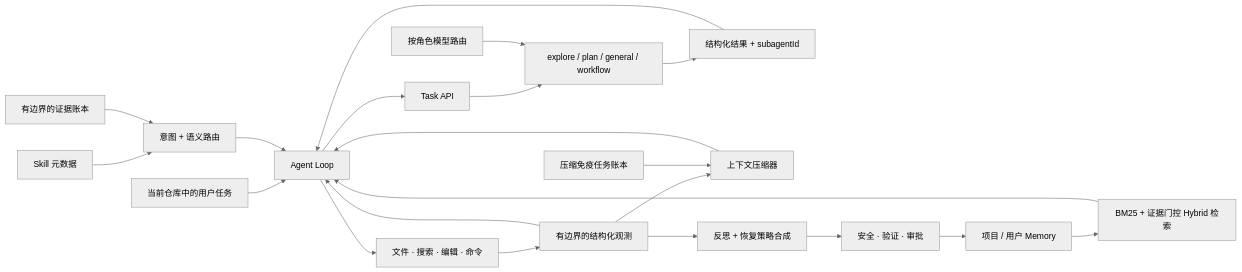
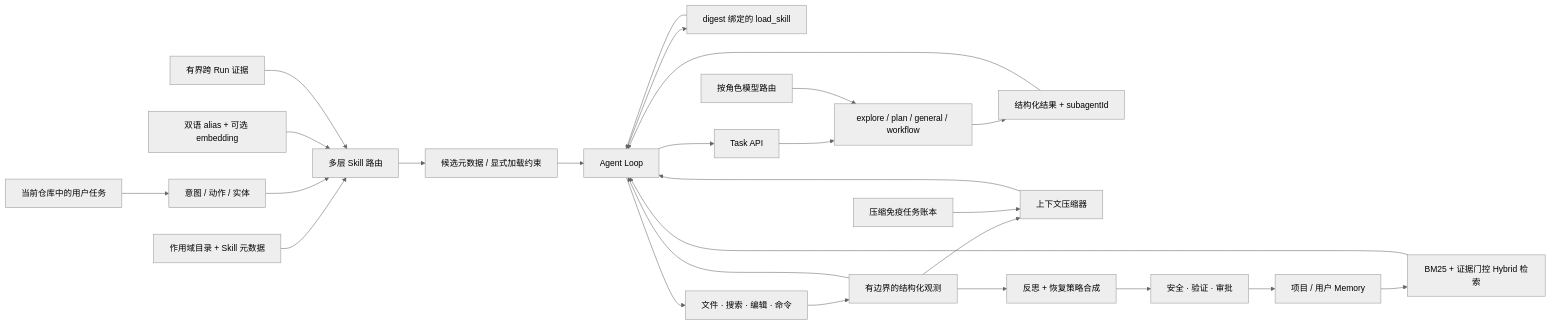
One commit to zrb3052796119/CodeLoop changed the diagram in README.zh-CN.md. Above: the diagram before and after it, drawn with Mermaid (neutral theme). The commit also changed other lines of this file and 6 other files, not shown here.

````diff
--- a/README.zh-CN.md
+++ b/README.zh-CN.md
@@ -91,27 +108,32 @@
 ```mermaid
 flowchart LR
-    User["当前仓库中的用户任务"] --> Loop["Agent Loop"]
+    User["当前仓库中的用户任务"] --> Intent["意图 / 动作 / 实体"]
+    SkillCatalog["作用域目录 + Skill 元数据"] --> SkillRoute["多层 Skill 路由"]
+    Intent --> SkillRoute
+    Semantics["双语 alias + 可选 embedding"] --> SkillRoute
+    SkillEvidence["有界跨 Run 证据"] --> SkillRoute
+    SkillRoute --> Prompt["候选元数据 / 显式加载约束"]
+    Prompt --> Loop["Agent Loop"]
+    Loop --> SkillLoad["digest 绑定的 load_skill"]
+    SkillLoad --> Loop
+
     Loop --> Tools["文件 · 搜索 · 编辑 · 命令"]
     Tools --> Obs["有边界的结构化观测"]
     Obs --> Loop
 
     Loop --> TaskAPI["Task API"]
     TaskAPI --> Children["explore / plan / general / workflow"]
     RoleRoute["按角色模型路由"] --> Children
     Children --> Result["结构化结果 + subagentId"]
     Result --> Loop
 
     Obs --> Compact["上下文压缩器"]
     Ledger["压缩免疫任务账本"] --> Compact
     Compact --> Loop
 
     Obs --> Reflect["反思 + 恢复策略合成"]
     Reflect --> Evidence["安全 · 验证 · 审批"]
     Evidence --> Store["项目 / 用户 Memory"]
     Store --> Retrieve["BM25 + 证据门控 Hybrid 检索"]
     Retrieve --> Loop
-
-    SkillCatalog["Skill 元数据"] --> SkillRoute["意图 + 语义路由"]
-    SkillEvidence["有边界的证据账本"] --> SkillRoute
-    SkillRoute --> Loop
 ```
````
